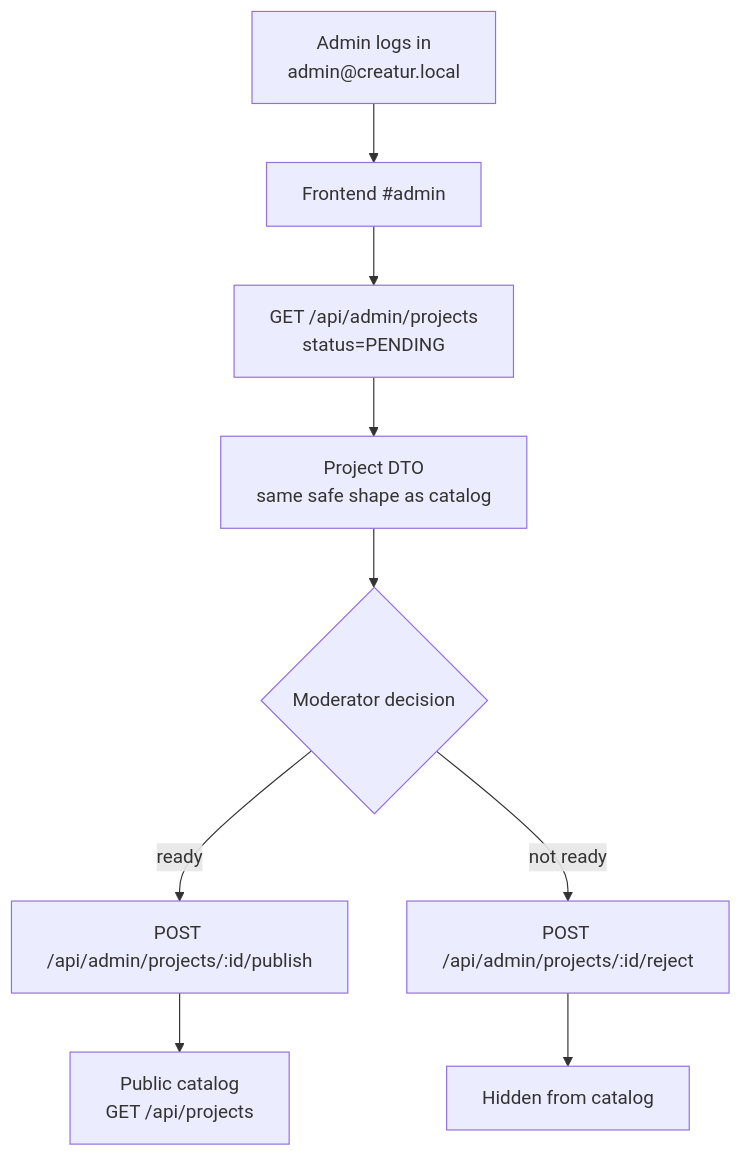
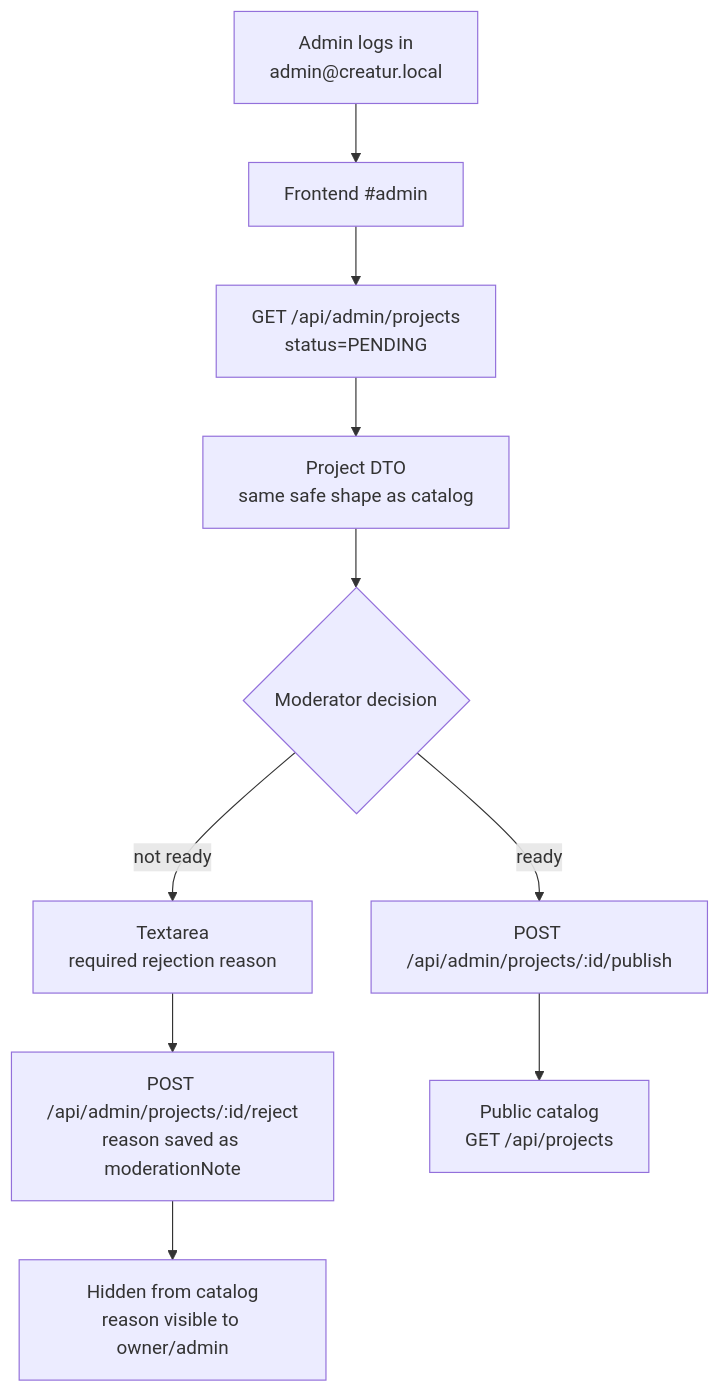
Before and after one commit to bordermull/creator-platform: the sixth of 9 diagrams in README.md, drawn with Mermaid. The commit also changed other lines of this file and 8 other files, not shown here.

Commit message:
Add rejection reasons to moderation

````diff
--- a/README.md
+++ b/README.md
@@ -602,21 +603,23 @@
 ```mermaid
 flowchart TD
   login["Admin logs in<br/>admin@creatur.local"]
   page["Frontend #admin"]
   list["GET /api/admin/projects<br/>status=PENDING"]
   dto["Project DTO<br/>same safe shape as catalog"]
   decision{"Moderator decision"}
   publish["POST /api/admin/projects/:id/publish"]
-  reject["POST /api/admin/projects/:id/reject"]
+  note["Textarea<br/>required rejection reason"]
+  reject["POST /api/admin/projects/:id/reject<br/>reason saved as moderationNote"]
   catalog["Public catalog<br/>GET /api/projects"]
-  hidden["Hidden from catalog"]
+  hidden["Hidden from catalog<br/>reason visible to owner/admin"]
 
   login --> page
   page --> list
   list --> dto
   dto --> decision
   decision -->|"ready"| publish
-  decision -->|"not ready"| reject
+  decision -->|"not ready"| note
+  note --> reject
   publish --> catalog
   reject --> hidden
 ```
````
